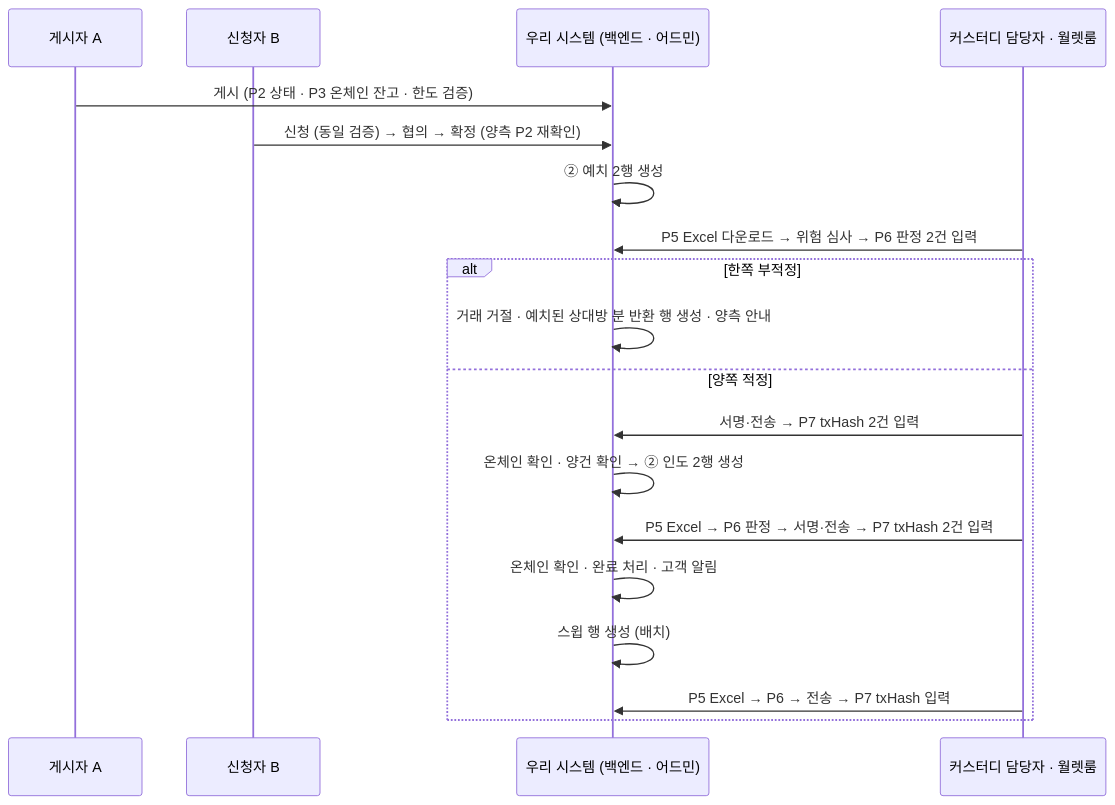
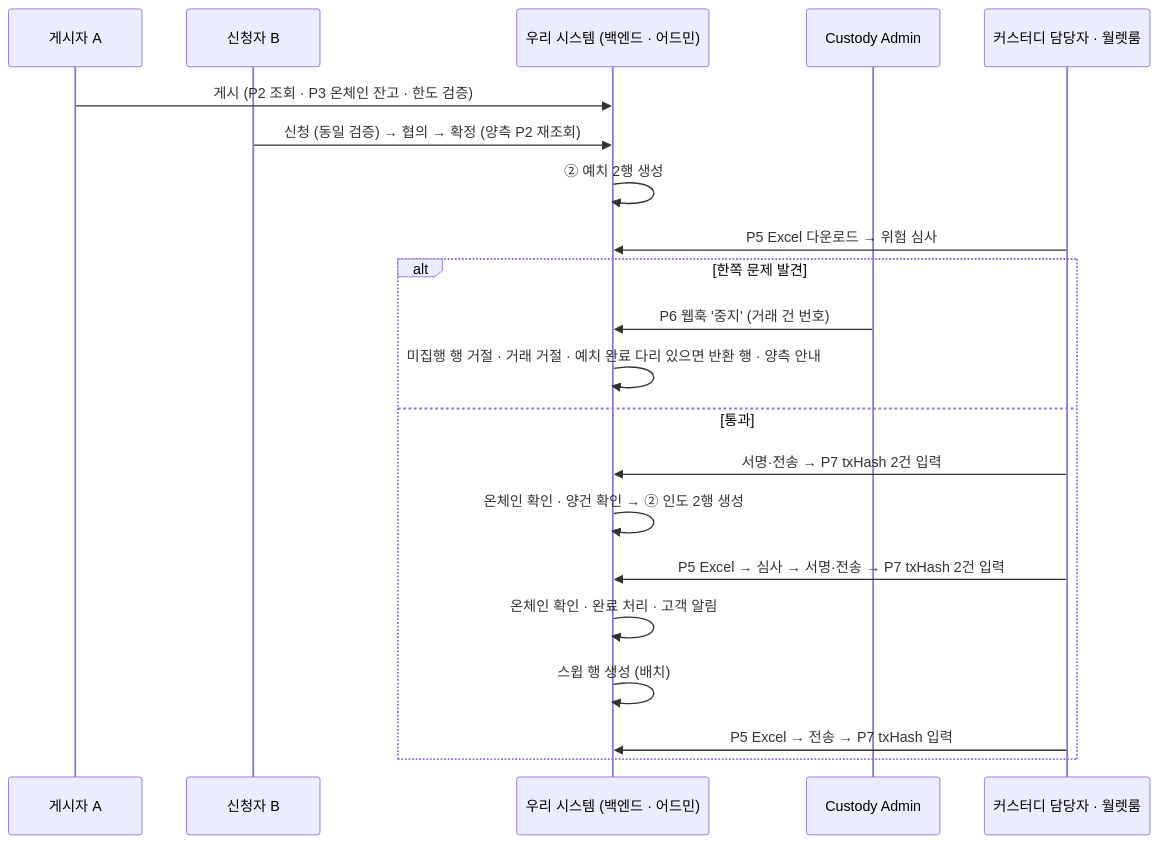
Before and after one commit to dsrvlabs/dsrv-desk: the fourth of 8 diagrams in drafts/36_플랫폼_커스터디_연동_범위_설명자료.md, drawn with Mermaid. The commit also changed other lines of this file and 4 other files, not shown here.

````diff
--- a/drafts/36_플랫폼_커스터디_연동_범위_설명자료.md
+++ b/drafts/36_플랫폼_커스터디_연동_범위_설명자료.md
@@ -158,21 +165,23 @@
 ```mermaid
 sequenceDiagram
   participant A as 게시자 A
   participant B as 신청자 B
   participant S as 우리 시스템 (백엔드 · 어드민)
+  participant KA as Custody Admin
   participant K as 커스터디 담당자 · 월렛룸
-  A->>S: 게시 (P2 상태 · P3 온체인 잔고 · 한도 검증)
-  B->>S: 신청 (동일 검증) → 협의 → 확정 (양측 P2 재확인)
+  A->>S: 게시 (P2 조회 · P3 온체인 잔고 · 한도 검증)
+  B->>S: 신청 (동일 검증) → 협의 → 확정 (양측 P2 재조회)
   S->>S: ② 예치 2행 생성
-  K->>S: P5 Excel 다운로드 → 위험 심사 → P6 판정 2건 입력
-  alt 한쪽 부적정
-    S->>S: 거래 거절 · 예치된 상대방 분 반환 행 생성 · 양측 안내
-  else 양쪽 적정
+  K->>S: P5 Excel 다운로드 → 위험 심사
+  alt 한쪽 문제 발견
+    KA->>S: P6 웹훅 '중지' (거래 건 번호)
+    S->>S: 미집행 행 거절 · 거래 거절 · 예치 완료 다리 있으면 반환 행 · 양측 안내
+  else 통과
     K->>S: 서명·전송 → P7 txHash 2건 입력
     S->>S: 온체인 확인 · 양건 확인 → ② 인도 2행 생성
-    K->>S: P5 Excel → P6 판정 → 서명·전송 → P7 txHash 2건 입력
+    K->>S: P5 Excel → 심사 → 서명·전송 → P7 txHash 2건 입력
     S->>S: 온체인 확인 · 완료 처리 · 고객 알림
     S->>S: 스윕 행 생성 (배치)
-    K->>S: P5 Excel → P6 → 전송 → P7 txHash 입력
+    K->>S: P5 Excel → 전송 → P7 txHash 입력
   end
 ```
````
